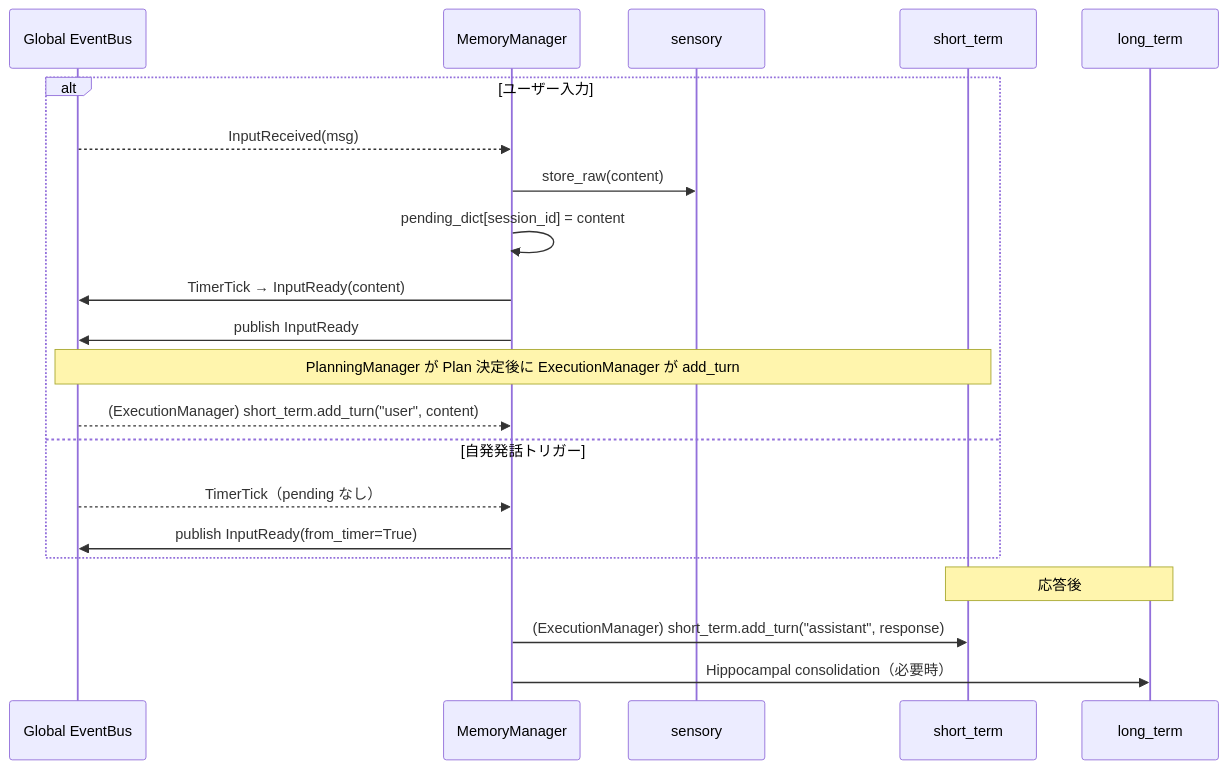
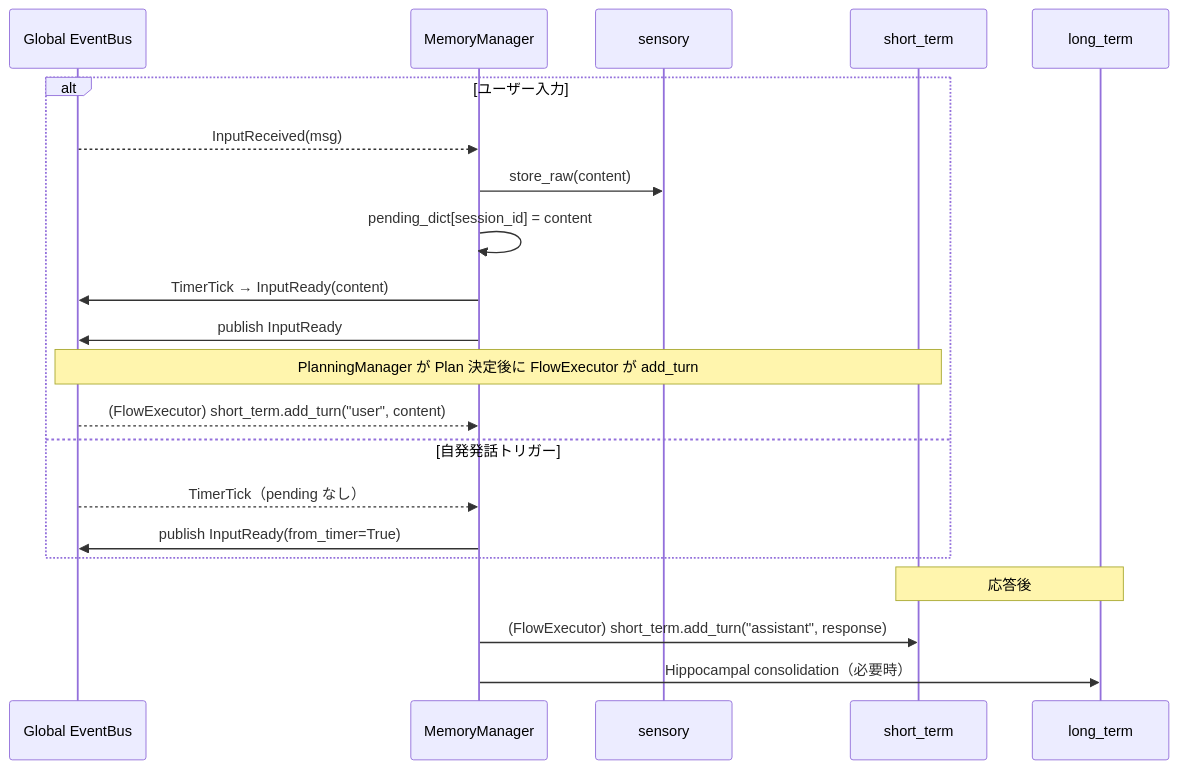
The diagram in docs/memory-layer.md (ibukani/iris-mind), drawn with Mermaid before and after one commit. The commit also changed other lines of this file and 35 other files, not shown here.

````diff
--- a/docs/memory-layer.md
+++ b/docs/memory-layer.md
@@ -221,26 +221,26 @@
 ```mermaid
 sequenceDiagram
     participant EB as Global EventBus
     participant MGR as MemoryManager
     participant SEN as sensory
     participant STM as short_term
     participant LTM as long_term
 
     alt ユーザー入力
         EB-->>MGR: InputReceived(msg)
         MGR->>SEN: store_raw(content)
         MGR->>MGR: pending_dict[session_id] = content
         MGR->>EB: TimerTick → InputReady(content)
         MGR->>EB: publish InputReady
 
-        Note over EB,STM: PlanningManager が Plan 決定後に ExecutionManager が add_turn
-        EB-->>MGR: (ExecutionManager) short_term.add_turn("user", content)
+        Note over EB,STM: PlanningManager が Plan 決定後に FlowExecutor が add_turn
+        EB-->>MGR: (FlowExecutor) short_term.add_turn("user", content)
     else 自発発話トリガー
         EB-->>MGR: TimerTick（pending なし）
         MGR->>EB: publish InputReady(from_timer=True)
     end
 
     Note over STM,LTM: 応答後
-    MGR->>STM: (ExecutionManager) short_term.add_turn("assistant", response)
+    MGR->>STM: (FlowExecutor) short_term.add_turn("assistant", response)
     MGR->>LTM: Hippocampal consolidation（必要時）
 ```
````
